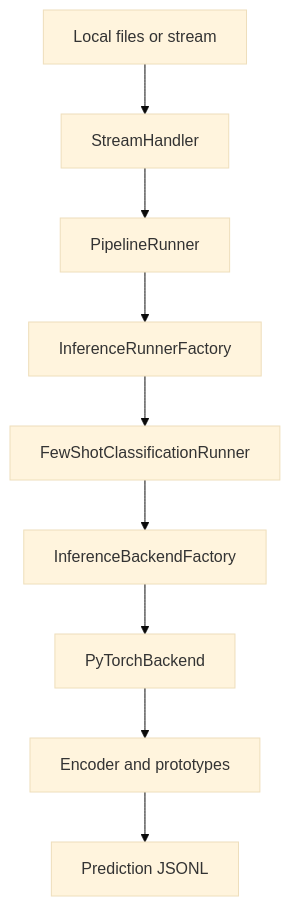
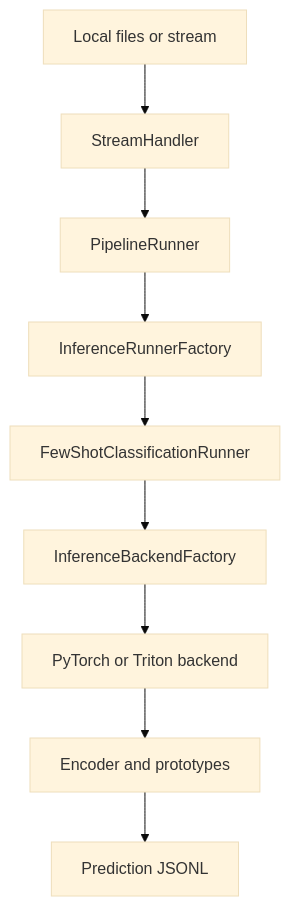
Before and after one commit to haleematallat/inference-pipeline: the diagram in README.md, drawn with Mermaid (base theme). The commit also changed other lines of this file and 16 other files, not shown here.

Commit message:
Add working Triton inference backend

```diff
--- a/README.md
+++ b/README.md
@@ -23,11 +24,11 @@
 ~~~mermaid
 flowchart TD
     A["Local files or stream"] --> B["StreamHandler"]
     B --> C["PipelineRunner"]
     C --> D["InferenceRunnerFactory"]
     D --> E["FewShotClassificationRunner"]
     E --> F["InferenceBackendFactory"]
-    F --> G["PyTorchBackend"]
+    F --> G["PyTorch or Triton backend"]
     G --> H["Encoder and prototypes"]
     H --> I["Prediction JSONL"]
 ~~~
```
